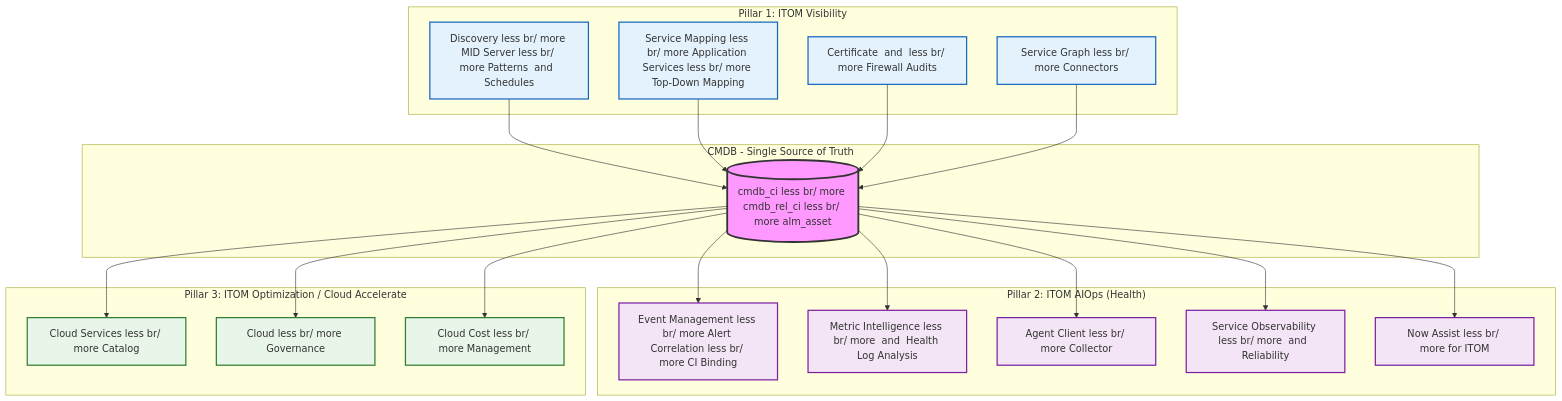
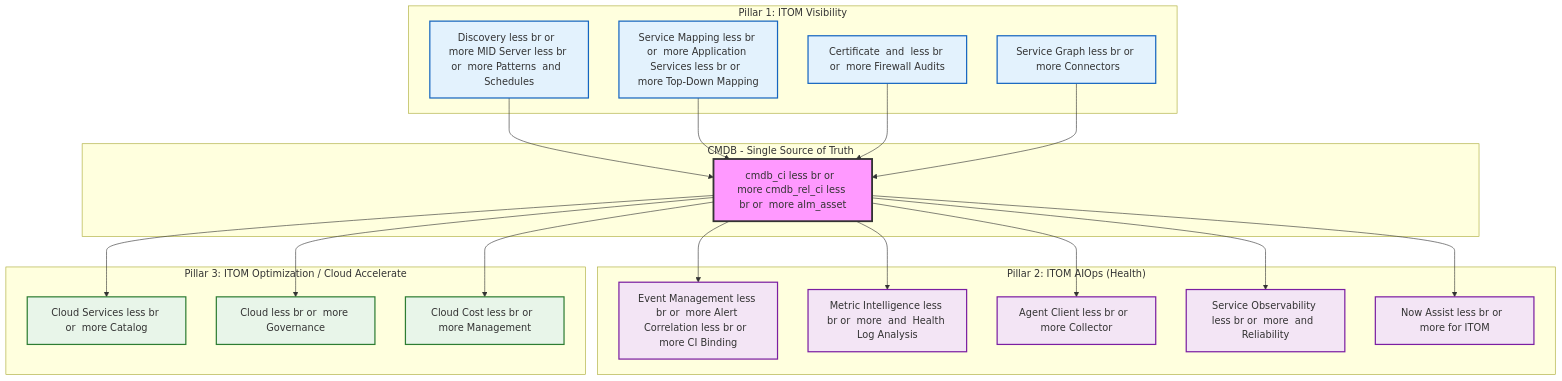
Before and after one commit to eltonaguiar/ServiceNow_Learning_TSOM-_CSM_FSM_SalesCRM_HAM_ITSM: the first of 5 diagrams in docs/modules/itom/itom-guide.md, drawn with Mermaid. The commit also changed other lines of this file and 19 other files, not shown here.

First line of the commit message:
Fix Mermaid diagram syntax errors - replace problematic chars in text content only

````diff
--- a/docs/modules/itom/itom-guide.md
+++ b/docs/modules/itom/itom-guide.md
@@ -121,56 +121,56 @@
 ```mermaid
 graph TD
     subgraph "CMDB  -  Single Source of Truth"
-        CMDB[(cmdb_ci less br/ more cmdb_rel_ci less br/ more alm_asset)]
+        CMDB[cmdb_ci less br or  more cmdb_rel_ci less br or  more alm_asset]
     end
 
     subgraph "Pillar 1: ITOM Visibility"
-        V1[Discovery less br/ more MID Server less br/ more Patterns  and  Schedules]
-        V2[Service Mapping less br/ more Application Services less br/ more Top-Down Mapping]
-        V3[Certificate  and  less br/ more Firewall Audits]
-        V4[Service Graph less br/ more Connectors]
+        V1[Discovery less br or  more MID Server less br or  more Patterns  and  Schedules]
+        V2[Service Mapping less br or  more Application Services less br or  more Top-Down Mapping]
+        V3[Certificate  and  less br or  more Firewall Audits]
+        V4[Service Graph less br or  more Connectors]
     end
 
     subgraph "Pillar 2: ITOM AIOps (Health)"
-        H1[Event Management less br/ more Alert Correlation less br/ more CI Binding]
-        H2[Metric Intelligence less br/ more  and  Health Log Analysis]
-        H3[Agent Client less br/ more Collector]
-        H4[Service Observability less br/ more  and  Reliability]
-        H5[Now Assist less br/ more for ITOM]
+        H1[Event Management less br or  more Alert Correlation less br or  more CI Binding]
+        H2[Metric Intelligence less br or  more  and  Health Log Analysis]
+        H3[Agent Client less br or  more Collector]
+        H4[Service Observability less br or  more  and  Reliability]
+        H5[Now Assist less br or  more for ITOM]
     end
 
     subgraph "Pillar 3: ITOM Optimization / Cloud Accelerate"
-        O1[Cloud Services less br/ more Catalog]
-        O2[Cloud less br/ more Governance]
-        O3[Cloud Cost less br/ more Management]
+        O1[Cloud Services less br or  more Catalog]
+        O2[Cloud less br or  more Governance]
+        O3[Cloud Cost less br or  more Management]
     end
 
     V1 --> CMDB
     V2 --> CMDB
     V3 --> CMDB
     V4 --> CMDB
 
     CMDB --> H1
     CMDB --> H2
     CMDB --> H3
     CMDB --> H4
     CMDB --> H5
 
     CMDB --> O1
     CMDB --> O2
     CMDB --> O3
 
     style CMDB fill:#f9f,stroke:#333,stroke-width:3px
     style V1 fill:#e3f2fd,stroke:#1565c0,stroke-width:2px
     style V2 fill:#e3f2fd,stroke:#1565c0,stroke-width:2px
     style V3 fill:#e3f2fd,stroke:#1565c0,stroke-width:2px
     style V4 fill:#e3f2fd,stroke:#1565c0,stroke-width:2px
     style H1 fill:#f3e5f5,stroke:#7b1fa2,stroke-width:2px
     style H2 fill:#f3e5f5,stroke:#7b1fa2,stroke-width:2px
     style H3 fill:#f3e5f5,stroke:#7b1fa2,stroke-width:2px
     style H4 fill:#f3e5f5,stroke:#7b1fa2,stroke-width:2px
     style H5 fill:#f3e5f5,stroke:#7b1fa2,stroke-width:2px
     style O1 fill:#e8f5e9,stroke:#2e7d32,stroke-width:2px
     style O2 fill:#e8f5e9,stroke:#2e7d32,stroke-width:2px
     style O3 fill:#e8f5e9,stroke:#2e7d32,stroke-width:2px
 ```
````
